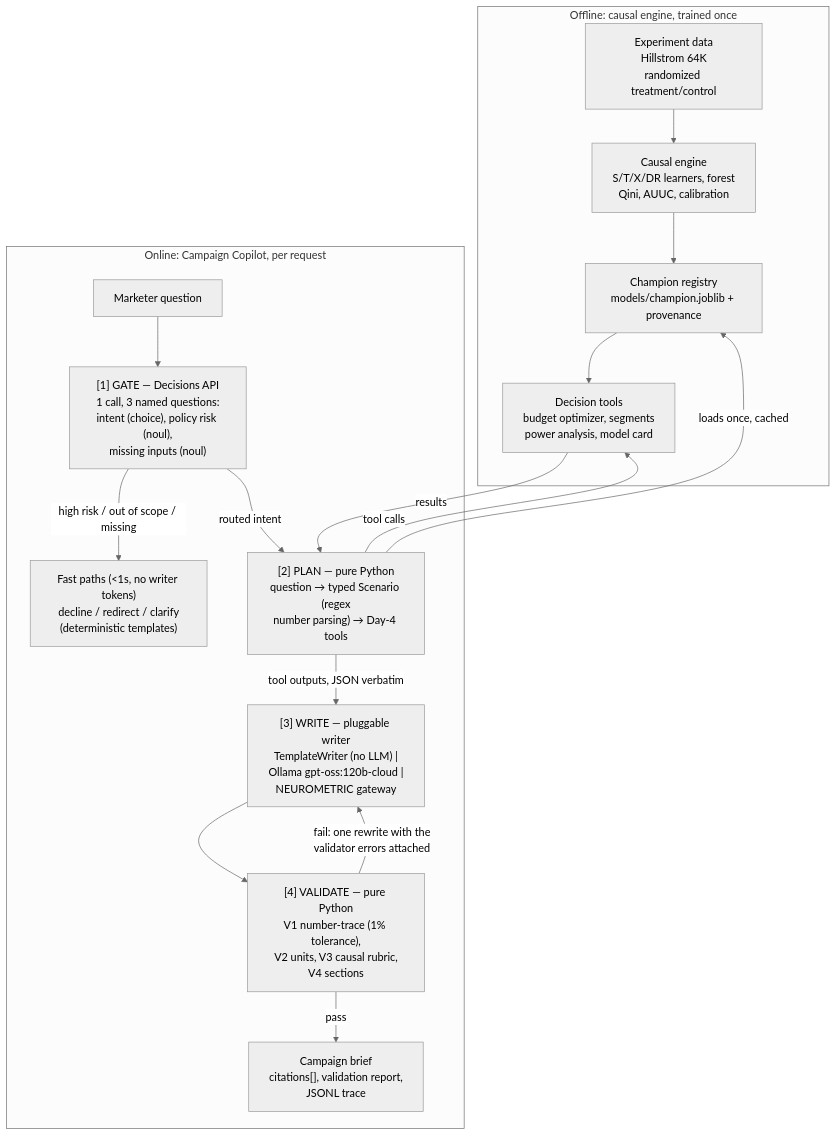
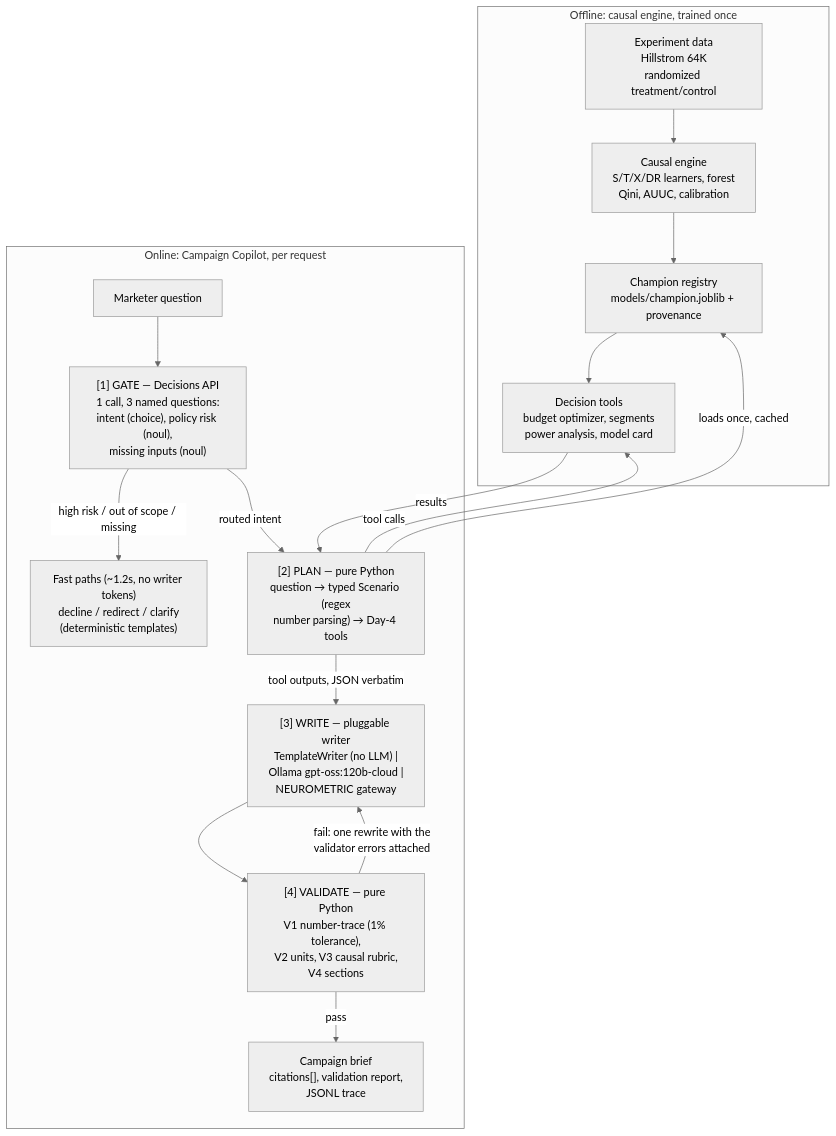
One commit to Nikhilsharma508/SmartSpend changed the diagram in description.md. Above: the diagram before and after it, drawn with Mermaid (neutral theme). The commit also changed other lines of this file and 5 other files, not shown here.

````diff
--- a/description.md
+++ b/description.md
@@ -60,20 +60,20 @@
 ```mermaid
 flowchart TB
     subgraph OFF["Offline: causal engine, trained once"]
         D["Experiment data<br/>Hillstrom 64K<br/>randomized treatment/control"] --> E["Causal engine<br/>S/T/X/DR learners, forest<br/>Qini, AUUC, calibration"]
         E --> REG["Champion registry<br/>models/champion.joblib + provenance"]
         REG --> T["Decision tools<br/>budget optimizer, segments<br/>power analysis, model card"]
     end
     subgraph ON["Online: Campaign Copilot, per request"]
         Q["Marketer question"] --> R["[1] GATE — Decisions API<br/>1 call, 3 named questions:<br/>intent (choice), policy risk (noul),<br/>missing inputs (noul)"]
-        R -->|"high risk / out of scope / missing"| F["Fast paths (<1s, no writer tokens)<br/>decline / redirect / clarify<br/>(deterministic templates)"]
+        R -->|"high risk / out of scope / missing"| F["Fast paths (~1.2s, no writer tokens)<br/>decline / redirect / clarify<br/>(deterministic templates)"]
         R -->|routed intent| P["[2] PLAN — pure Python<br/>question → typed Scenario (regex<br/>number parsing) → Day-4 tools"]
         P -->|"tool outputs, JSON verbatim"| W["[3] WRITE — pluggable writer<br/>TemplateWriter (no LLM) |<br/>Ollama gpt-oss:120b-cloud |<br/>NEUROMETRIC gateway"]
         W --> V["[4] VALIDATE — pure Python<br/>V1 number-trace (1% tolerance),<br/>V2 units, V3 causal rubric,<br/>V4 sections"]
         V -->|"fail: one rewrite with the<br/>validator errors attached"| W
         V -->|pass| O["Campaign brief<br/>citations[], validation report,<br/>JSONL trace"]
     end
     P -->|loads once, cached| REG
     P -->|tool calls| T
     T -->|results| P
 ```
````
